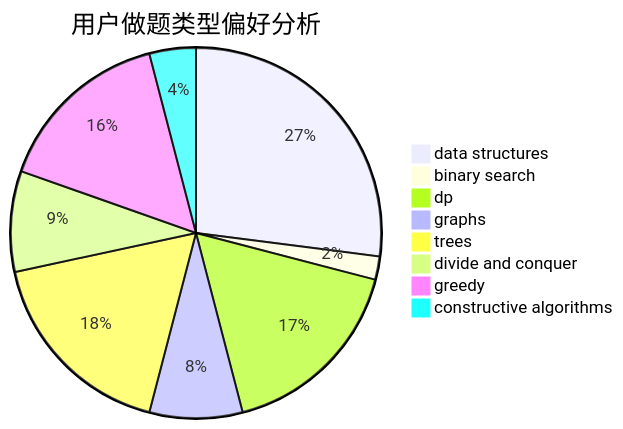
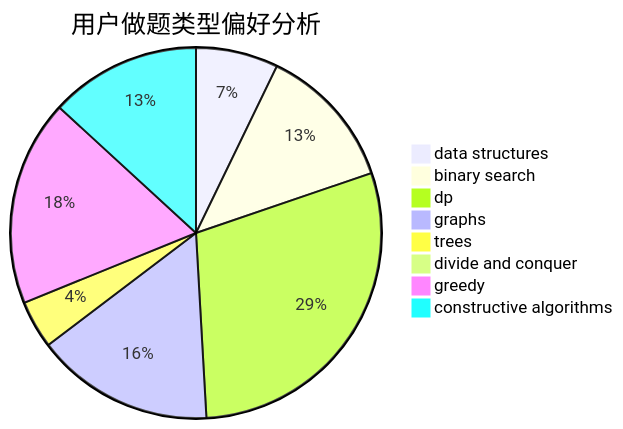
One commit to sherpahu/cfrs.github.io changed the second of 3 diagrams in docs/user/u2174.md. Above: the diagram before and after it, drawn with Mermaid. The commit also changed other lines of this file and 2770 other files, not shown here.

````diff
--- a/docs/user/u2174.md
+++ b/docs/user/u2174.md
@@ -23,11 +23,11 @@
 ```mermaid
 pie title 用户做题类型偏好分析
-    "data structures" :  40
-    "binary search" :  3
-    "dp" :  25
-    "graphs" :  12
-    "trees" :  26
-    "divide and conquer" :  13
-    "greedy" :  23
-    "constructive algorithms" :  6
+    "data structures" :  12
+    "binary search" :  21
+    "dp" :  49
+    "graphs" :  26
+    "trees" :  7
+    "divide and conquer" :  0
+    "greedy" :  30
+    "constructive algorithms" :  22
 ```
````
